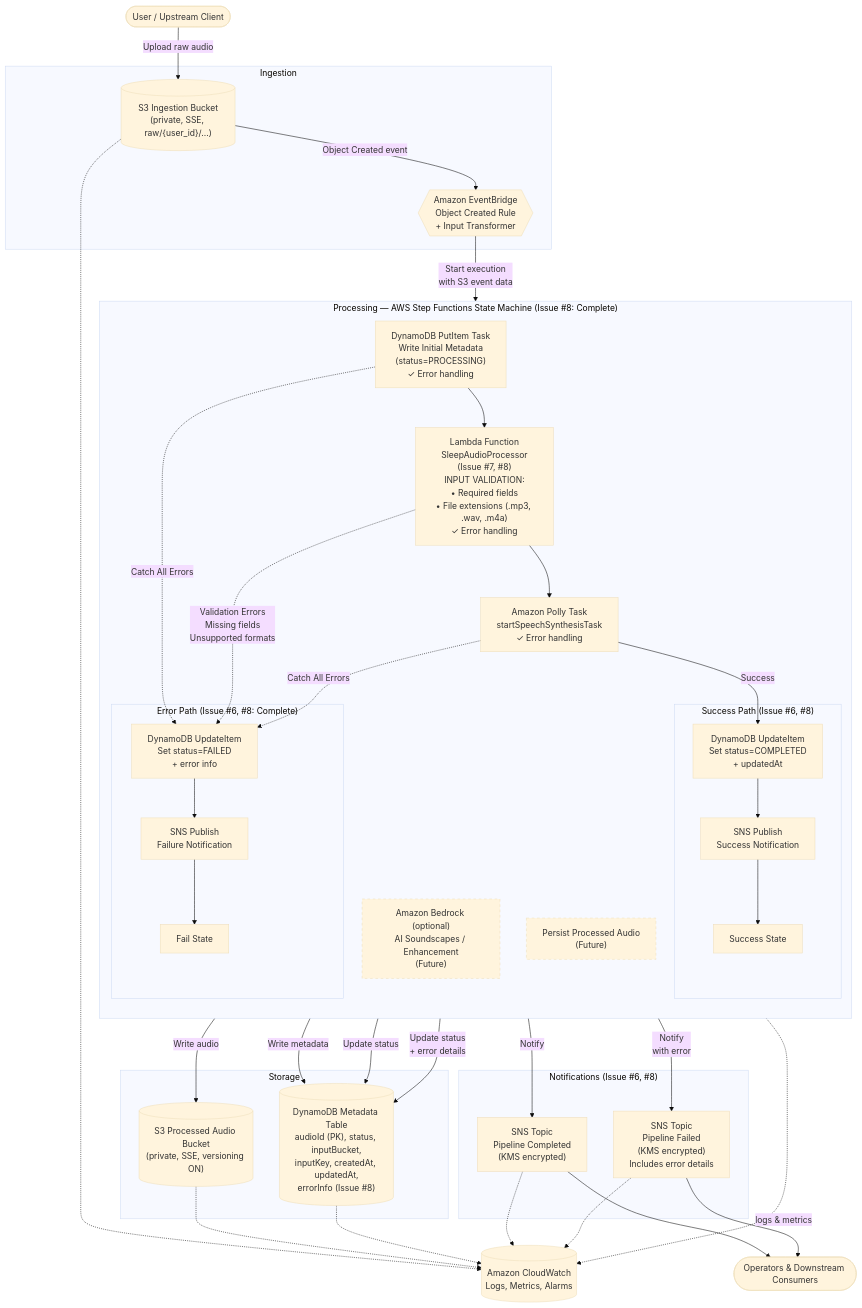
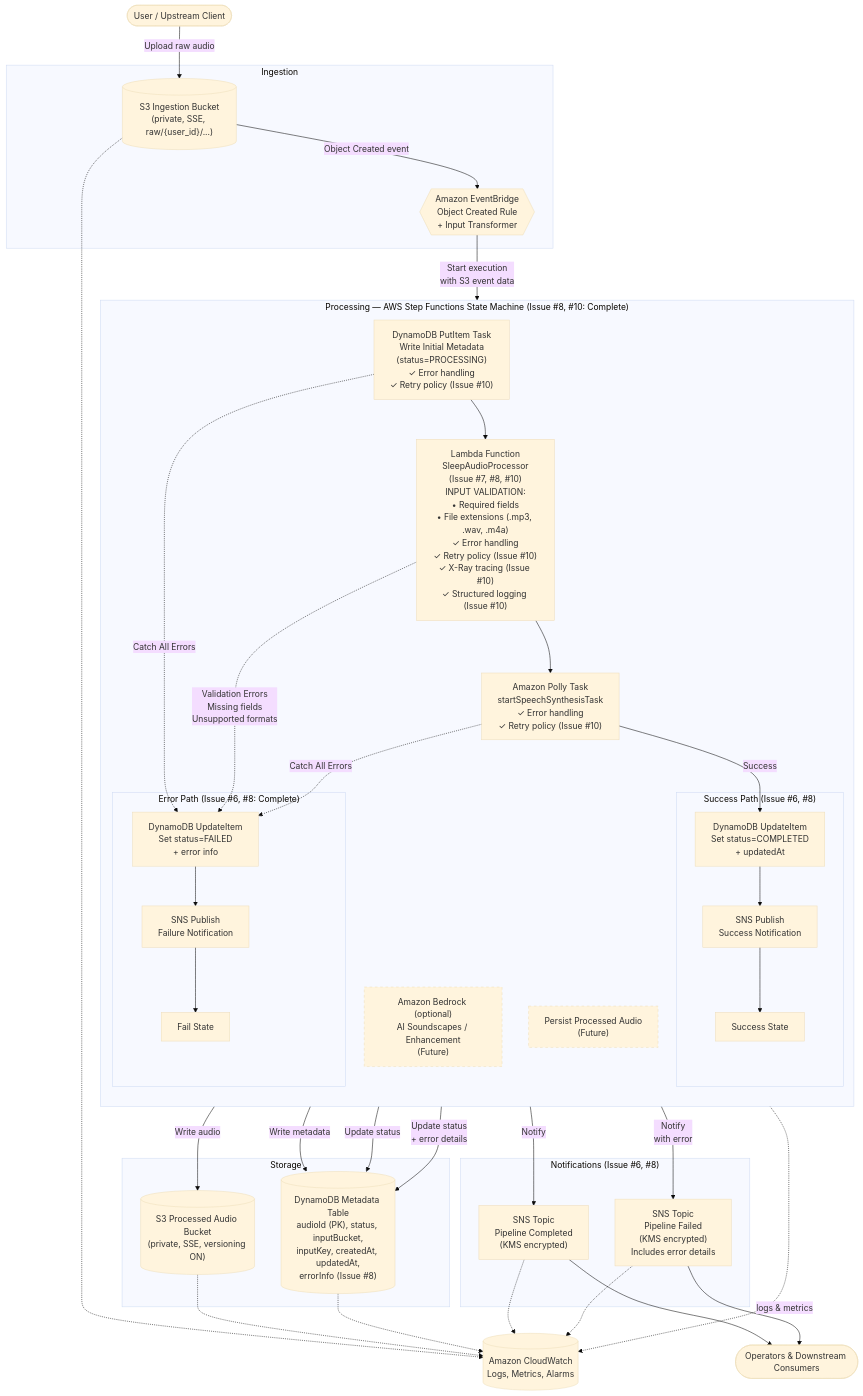
Before and after one commit to obstreperous-ai/cdk-sleep-java-copilot: the first of 2 diagrams in ARCHITECTURE.md, drawn with Mermaid (base theme). The commit also changed other lines of this file and 4 other files, not shown here.

First line of the commit message:
feat: implement advanced error handling, retries & observability (Issue #10)

````diff
--- a/ARCHITECTURE.md
+++ b/ARCHITECTURE.md
@@ -90,78 +94,78 @@
 ```mermaid
 flowchart TD
     User([User / Upstream Client])
 
     subgraph Ingestion
         S3In[("S3 Ingestion Bucket<br/>(private, SSE, raw/{user_id}/...)")]
         EB{{"Amazon EventBridge<br/>Object Created Rule<br/>+ Input Transformer"}}
     end
 
-    subgraph Processing["Processing — AWS Step Functions State Machine (Issue #8: Complete)"]
+    subgraph Processing["Processing — AWS Step Functions State Machine (Issue #8, #10: Complete)"]
         direction TB
-        PutMetadata["DynamoDB PutItem Task<br/>Write Initial Metadata<br/>(status=PROCESSING)<br/>✓ Error handling"]
-        ProcessAudio["Lambda Function<br/>SleepAudioProcessor<br/>(Issue #7, #8)<br/>INPUT VALIDATION:<br/>• Required fields<br/>• File extensions (.mp3, .wav, .m4a)<br/>✓ Error handling"]
-        Polly["Amazon Polly Task<br/>startSpeechSynthesisTask<br/>✓ Error handling"]
+        PutMetadata["DynamoDB PutItem Task<br/>Write Initial Metadata<br/>(status=PROCESSING)<br/>✓ Error handling<br/>✓ Retry policy (Issue #10)"]
+        ProcessAudio["Lambda Function<br/>SleepAudioProcessor<br/>(Issue #7, #8, #10)<br/>INPUT VALIDATION:<br/>• Required fields<br/>• File extensions (.mp3, .wav, .m4a)<br/>✓ Error handling<br/>✓ Retry policy (Issue #10)<br/>✓ X-Ray tracing (Issue #10)<br/>✓ Structured logging (Issue #10)"]
+        Polly["Amazon Polly Task<br/>startSpeechSynthesisTask<br/>✓ Error handling<br/>✓ Retry policy (Issue #10)"]
         
         subgraph SuccessPath["Success Path (Issue #6, #8)"]
             UpdateCompleted["DynamoDB UpdateItem<br/>Set status=COMPLETED<br/>+ updatedAt"]
             PublishSuccess["SNS Publish<br/>Success Notification"]
             Success["Success State"]
             UpdateCompleted --> PublishSuccess --> Success
         end
         
         subgraph ErrorPath["Error Path (Issue #6, #8: Complete)"]
             UpdateFailed["DynamoDB UpdateItem<br/>Set status=FAILED<br/>+ error info"]
             PublishFailure["SNS Publish<br/>Failure Notification"]
             Fail["Fail State"]
             UpdateFailed --> PublishFailure --> Fail
         end
         
         PutMetadata --> ProcessAudio
         ProcessAudio --> Polly
         Polly -->|Success| UpdateCompleted
         
         %% Error handling (Issue #8)
         PutMetadata -.->|Catch All Errors| UpdateFailed
         ProcessAudio -.->|Validation Errors<br/>Missing fields<br/>Unsupported formats| UpdateFailed
         Polly -.->|Catch All Errors| UpdateFailed
         
         %% Future states (not yet implemented)
         Bedrock["Amazon Bedrock (optional)<br/>AI Soundscapes / Enhancement<br/>(Future)"]
         Persist["Persist Processed Audio<br/>(Future)"]
         
         style Bedrock stroke-dasharray: 5 5
         style Persist stroke-dasharray: 5 5
     end
 
     subgraph Storage
         S3Out[("S3 Processed Audio Bucket<br/>(private, SSE, versioning ON)")]
         DDB[("DynamoDB Metadata Table<br/>audioId (PK), status, inputBucket,<br/>inputKey, createdAt, updatedAt,<br/>errorInfo (Issue #8)")]
     end
 
     subgraph Notifications["Notifications (Issue #6, #8)"]
         SNSCompleted["SNS Topic<br/>Pipeline Completed<br/>(KMS encrypted)"]
         SNSFailed["SNS Topic<br/>Pipeline Failed<br/>(KMS encrypted)<br/>Includes error details"]
     end
 
     Ops([Operators & Downstream Consumers])
     CW[("Amazon CloudWatch<br/>Logs, Metrics, Alarms")]
 
     User -->|Upload raw audio| S3In
     S3In -->|Object Created event| EB
     EB -->|Start execution<br/>with S3 event data| PutMetadata
     PutMetadata -->|Write metadata| DDB
     UpdateCompleted -->|Update status| DDB
     UpdateFailed -->|Update status<br/>+ error details| DDB
     Polly -->|Write audio| S3Out
     PublishSuccess -->|Notify| SNSCompleted
     PublishFailure -->|Notify<br/>with error| SNSFailed
     SNSCompleted --> Ops
     SNSFailed --> Ops
 
     Processing -.->|logs & metrics| CW
     S3In -.-> CW
     S3Out -.-> CW
     DDB -.-> CW
     SNSCompleted -.-> CW
     SNSFailed -.-> CW
 ```
````
